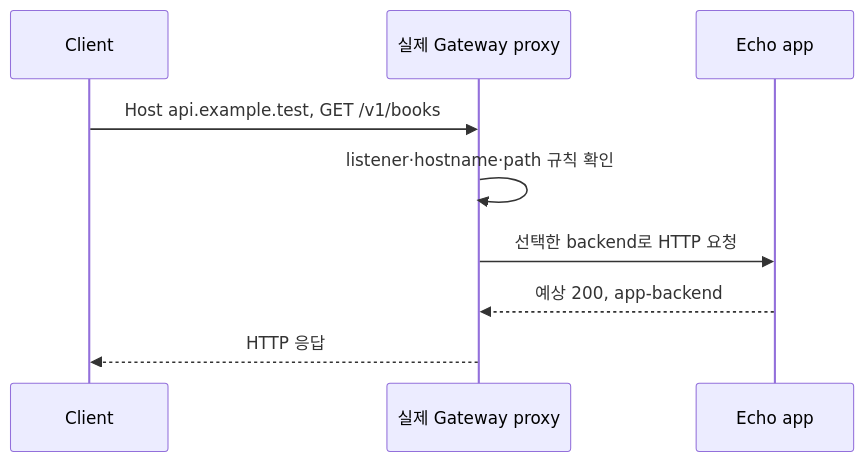
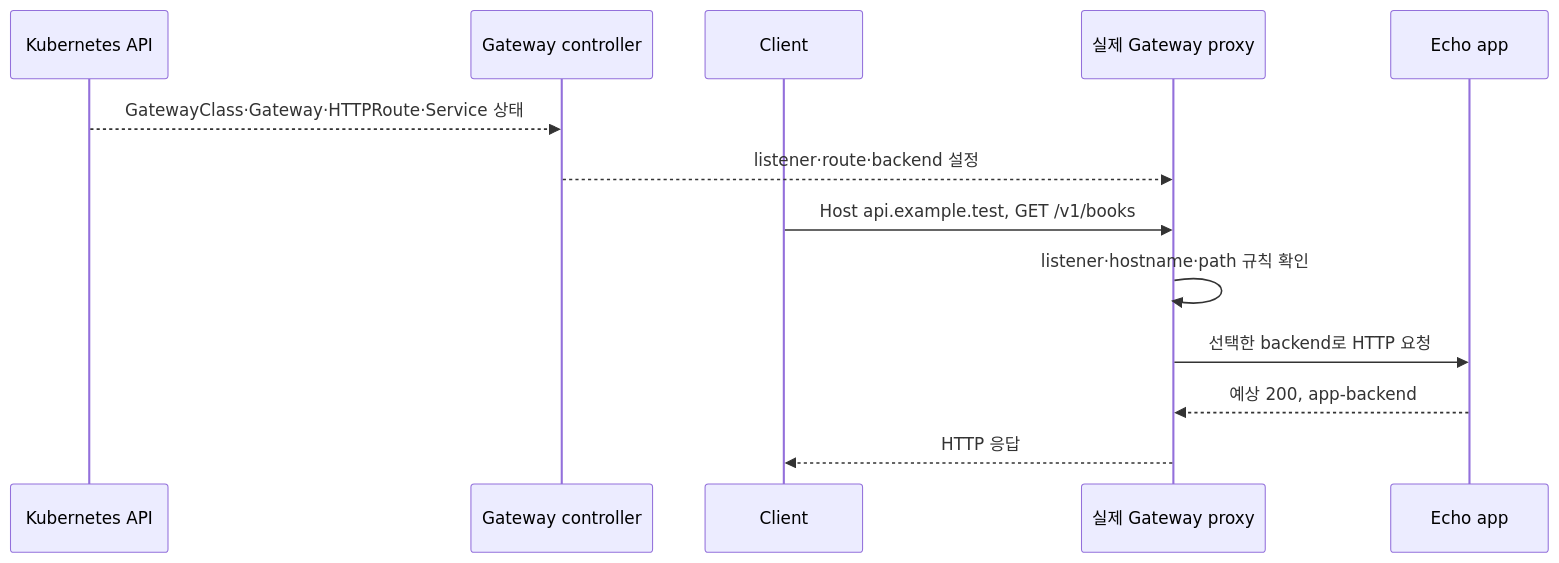
One commit to mj006648/netai-devsecops-runbook changed the third of 6 diagrams in learning/kubernetes/05a-gateway-api.md. Above: the diagram before and after it, drawn with Mermaid. The commit also changed other lines of this file and 24 other files, not shown here.

````diff
--- a/learning/kubernetes/05a-gateway-api.md
+++ b/learning/kubernetes/05a-gateway-api.md
@@ -251,11 +261,15 @@
 ```mermaid
 sequenceDiagram
+    participant K as Kubernetes API
+    participant O as Gateway controller
     participant C as Client
     participant G as 실제 Gateway proxy
     participant A as Echo app
+    K-->>O: GatewayClass·Gateway·HTTPRoute·Service 상태
+    O-->>G: listener·route·backend 설정
     C->>G: Host api.example.test, GET /v1/books
     G->>G: listener·hostname·path 규칙 확인
     G->>A: 선택한 backend로 HTTP 요청
     A-->>G: 예상 200, app-backend
     G-->>C: HTTP 응답
 ```
````
